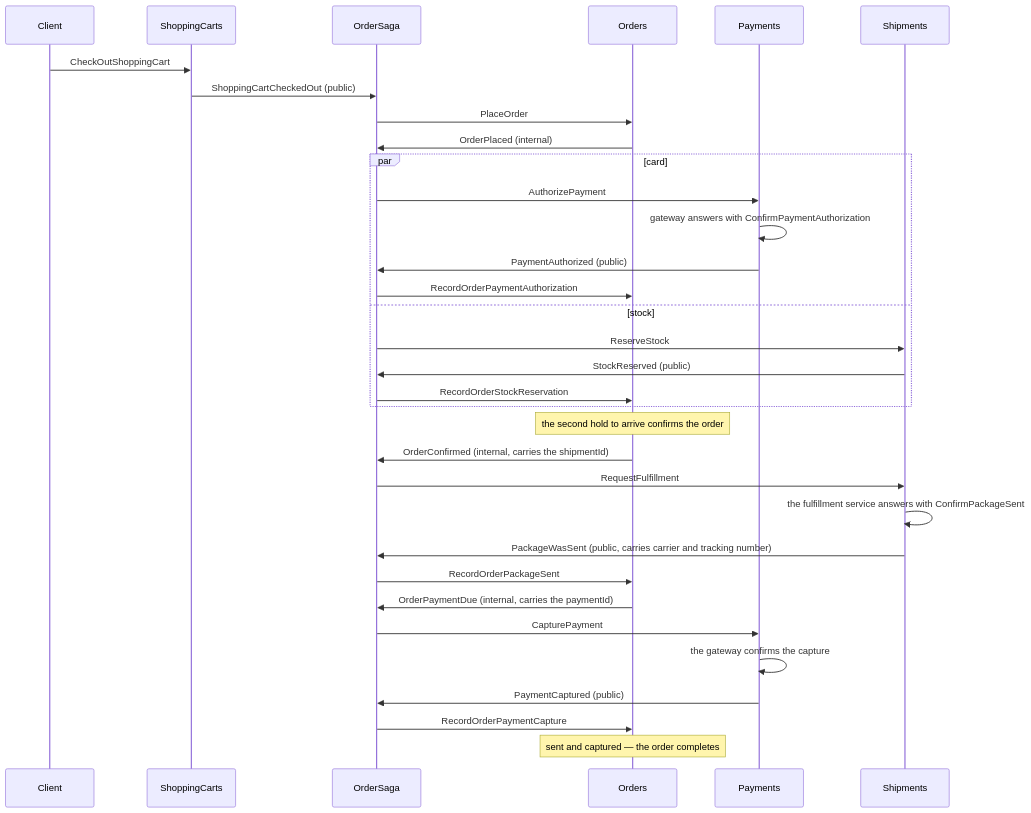
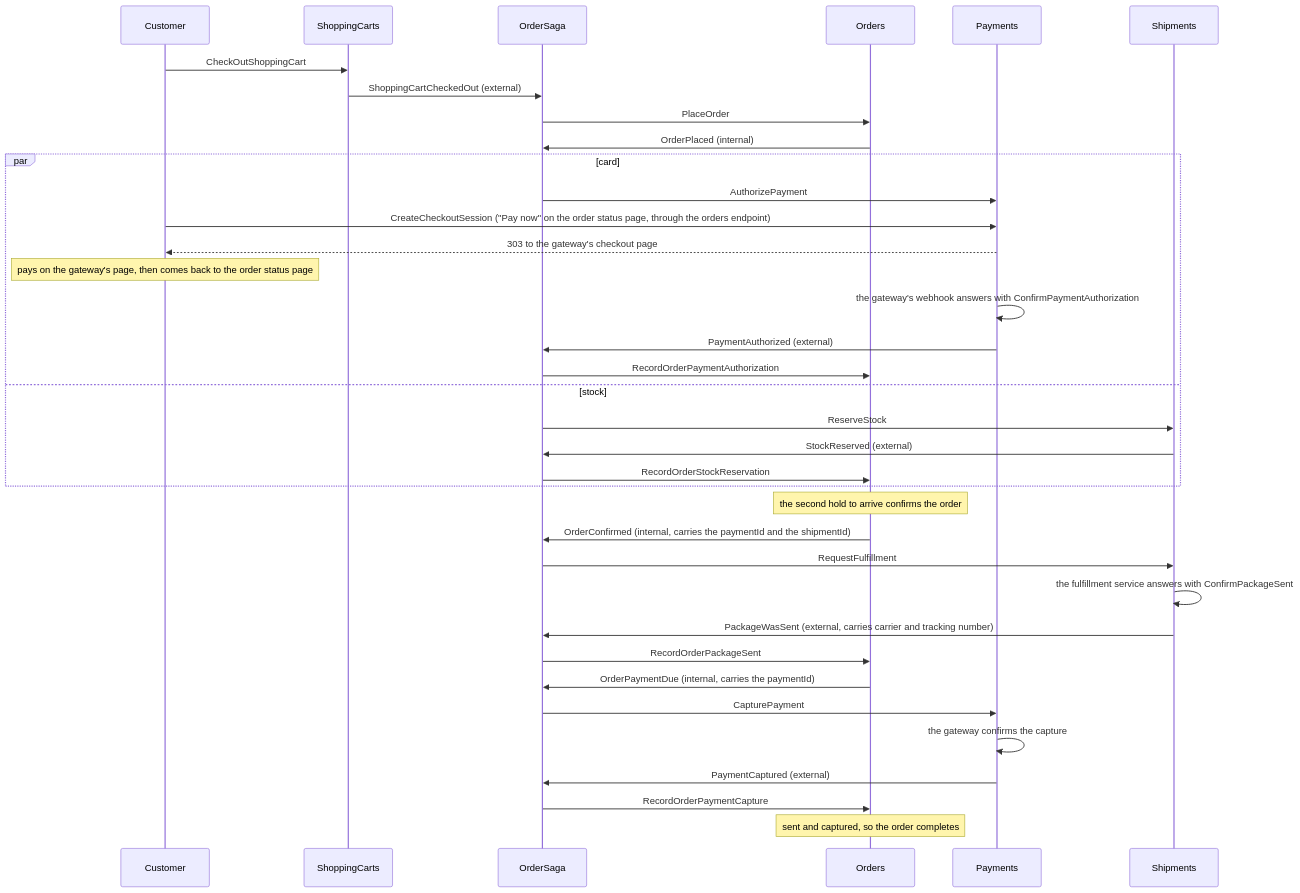
The third of 5 diagrams in samples/distributed-processes/README.md (oskardudycz/EventSourcing.JVM), drawn with Mermaid before and after one commit. The commit also changed other lines of this file and 257 other files, not shown here.

````diff
--- a/samples/distributed-processes/README.md
+++ b/samples/distributed-processes/README.md
@@ -271,40 +288,43 @@
 ```mermaid
 sequenceDiagram
-    participant Client
+    participant Customer
     participant Cart as ShoppingCarts
     participant Process as OrderSaga
     participant Order as Orders
     participant Pay as Payments
     participant Ship as Shipments
 
-    Client->>Cart: CheckOutShoppingCart
-    Cart->>Process: ShoppingCartCheckedOut (public)
+    Customer->>Cart: CheckOutShoppingCart
+    Cart->>Process: ShoppingCartCheckedOut (external)
     Process->>Order: PlaceOrder
     Order->>Process: OrderPlaced (internal)
 
     par card
         Process->>Pay: AuthorizePayment
-        Pay->>Pay: gateway answers with ConfirmPaymentAuthorization
-        Pay->>Process: PaymentAuthorized (public)
+        Customer->>Pay: CreateCheckoutSession ("Pay now" on the order status page, through the orders endpoint)
+        Pay-->>Customer: 303 to the gateway's checkout page
+        Note over Customer: pays on the gateway's page, then comes back to the order status page
+        Pay->>Pay: the gateway's webhook answers with ConfirmPaymentAuthorization
+        Pay->>Process: PaymentAuthorized (external)
         Process->>Order: RecordOrderPaymentAuthorization
     and stock
         Process->>Ship: ReserveStock
-        Ship->>Process: StockReserved (public)
+        Ship->>Process: StockReserved (external)
         Process->>Order: RecordOrderStockReservation
     end
 
     Note over Order: the second hold to arrive confirms the order
-    Order->>Process: OrderConfirmed (internal, carries the shipmentId)
+    Order->>Process: OrderConfirmed (internal, carries the paymentId and the shipmentId)
 
     Process->>Ship: RequestFulfillment
     Ship->>Ship: the fulfillment service answers with ConfirmPackageSent
-    Ship->>Process: PackageWasSent (public, carries carrier and tracking number)
+    Ship->>Process: PackageWasSent (external, carries carrier and tracking number)
     Process->>Order: RecordOrderPackageSent
     Order->>Process: OrderPaymentDue (internal, carries the paymentId)
     Process->>Pay: CapturePayment
     Pay->>Pay: the gateway confirms the capture
-    Pay->>Process: PaymentCaptured (public)
+    Pay->>Process: PaymentCaptured (external)
     Process->>Order: RecordOrderPaymentCapture
 
-    Note over Order: sent and captured — the order completes
+    Note over Order: sent and captured, so the order completes
 ```
````
